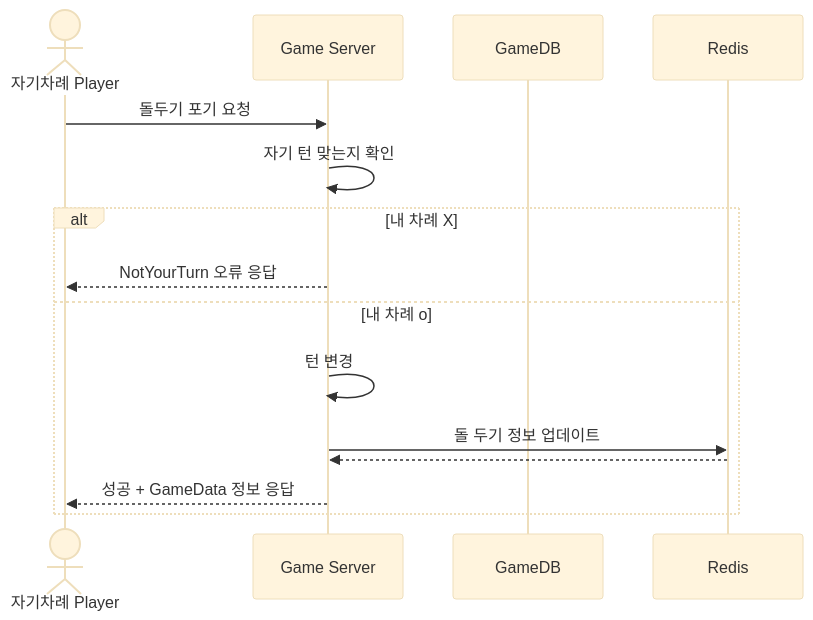
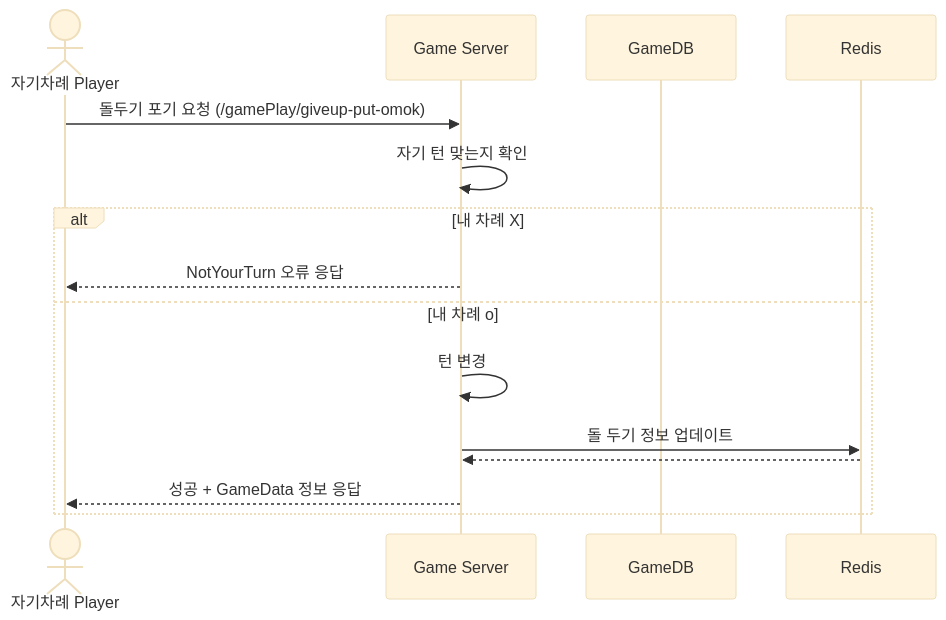
The third of 4 diagrams in SequenceDiagram/GamePlay.md (yujinS0/Omok-Game), drawn with Mermaid (base theme) before and after one commit. The commit also changed other lines of this file, not shown here.

````diff
--- a/SequenceDiagram/GamePlay.md
+++ b/SequenceDiagram/GamePlay.md
@@ -71,19 +70,19 @@
 ```mermaid
 sequenceDiagram
 	actor P as 자기차례 Player
 	participant G as Game Server
 	participant GD as GameDB
   	participant R as Redis
 
-	P ->> G : 돌두기 포기 요청
+	P ->> G : 돌두기 포기 요청 (/gamePlay/giveup-put-omok)
 	G ->> G : 자기 턴 맞는지 확인
 	alt 내 차례 X
 		G-->>P: NotYourTurn 오류 응답
 	else 내 차례 o
 		G ->> G : 턴 변경
 		G ->> R : 돌 두기 정보 업데이트
 		R -->> G :  
 	  	G -->> P : 성공 + GameData 정보 응답
 	end
 
 ```
````
